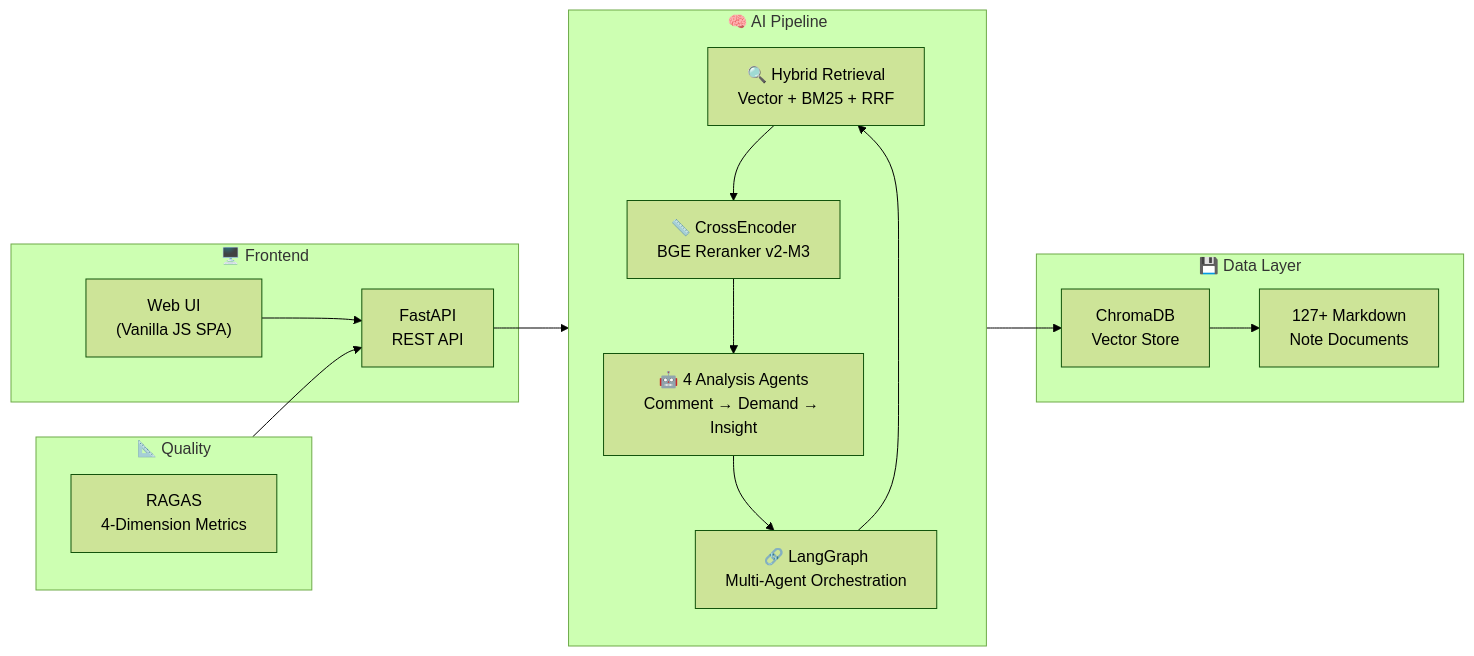
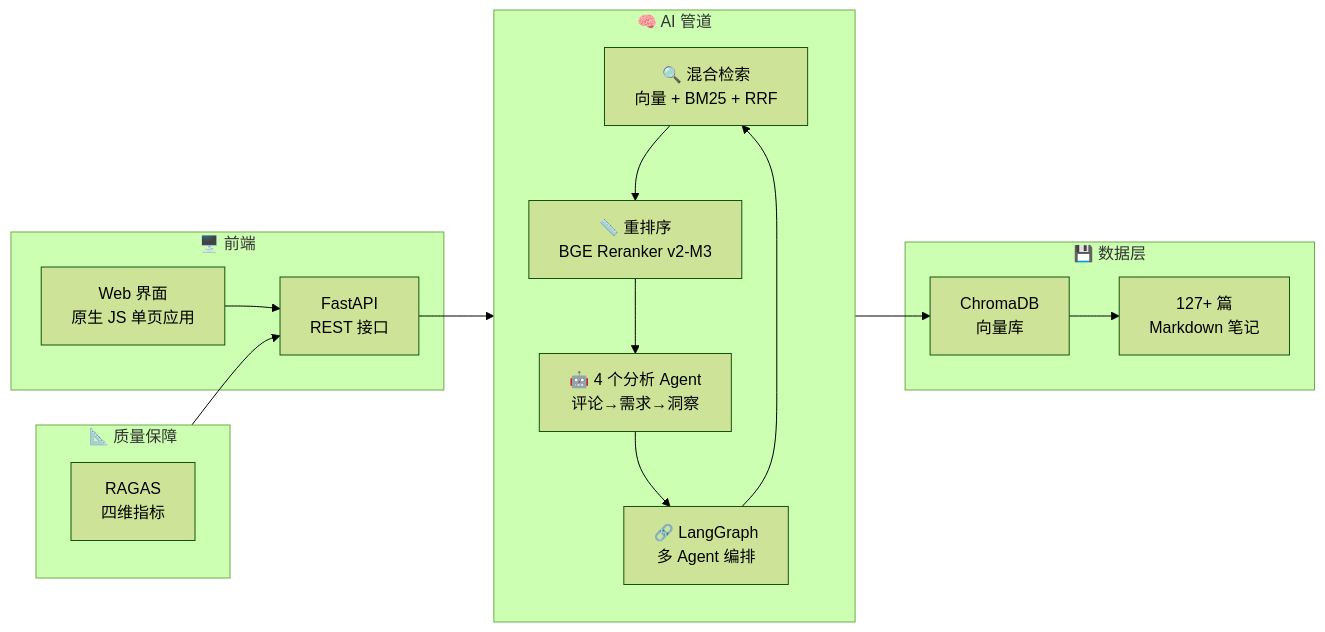
The diagram in README.md (Amazinghorseli/RedNote-Insight), drawn with Mermaid (forest theme) before and after one commit. The commit also changed other lines of this file, not shown here.

````diff
--- a/README.md
+++ b/README.md
@@ -90,32 +90,32 @@
 ```mermaid
 flowchart LR
-    subgraph Frontend["🖥️ Frontend"]
-        Web["Web UI<br/>(Vanilla JS SPA)"]
-        API["FastAPI<br/>REST API"]
+    subgraph 前端["🖥️ 前端"]
+        Web["Web 界面<br/>原生 JS 单页应用"]
+        API["FastAPI<br/>REST 接口"]
     end
 
-    subgraph Core["🧠 AI Pipeline"]
+    subgraph 核心管道["🧠 AI 管道"]
         direction TB
-        RAG["🔍 Hybrid Retrieval<br/>Vector + BM25 + RRF"]
-        Rerank["📏 CrossEncoder<br/>BGE Reranker v2-M3"]
-        Graph["🔗 LangGraph<br/>Multi-Agent Orchestration"]
-        Agents["🤖 4 Analysis Agents<br/>Comment → Demand → Insight"]
+        RAG["🔍 混合检索<br/>向量 + BM25 + RRF"]
+        Rerank["📏 重排序<br/>BGE Reranker v2-M3"]
+        Graph["🔗 LangGraph<br/>多 Agent 编排"]
+        Agents["🤖 4 个分析 Agent<br/>评论→需求→洞察"]
     end
 
-    subgraph Data["💾 Data Layer"]
-        Chrome["ChromaDB<br/>Vector Store"]
-        Raw["127+ Markdown<br/>Note Documents"]
+    subgraph 数据层["💾 数据层"]
+        Chrome["ChromaDB<br/>向量库"]
+        Raw["127+ 篇<br/>Markdown 笔记"]
     end
 
-    subgraph Eval["📐 Quality"]
-        RAGAS["RAGAS<br/>4-Dimension Metrics"]
+    subgraph 评估["📐 质量保障"]
+        RAGAS["RAGAS<br/>四维指标"]
     end
 
     Web --> API
     API --> Graph
     Graph --> RAG --> Rerank
     Rerank --> Agents
     Agents --> Graph
     RAG --> Chrome --> Raw
-    Eval --> API
+    评估 --> API
 ```
````
